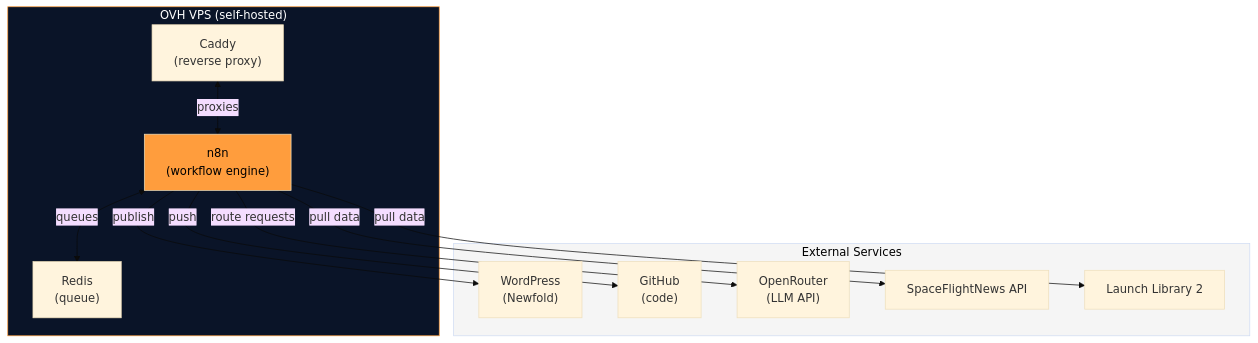
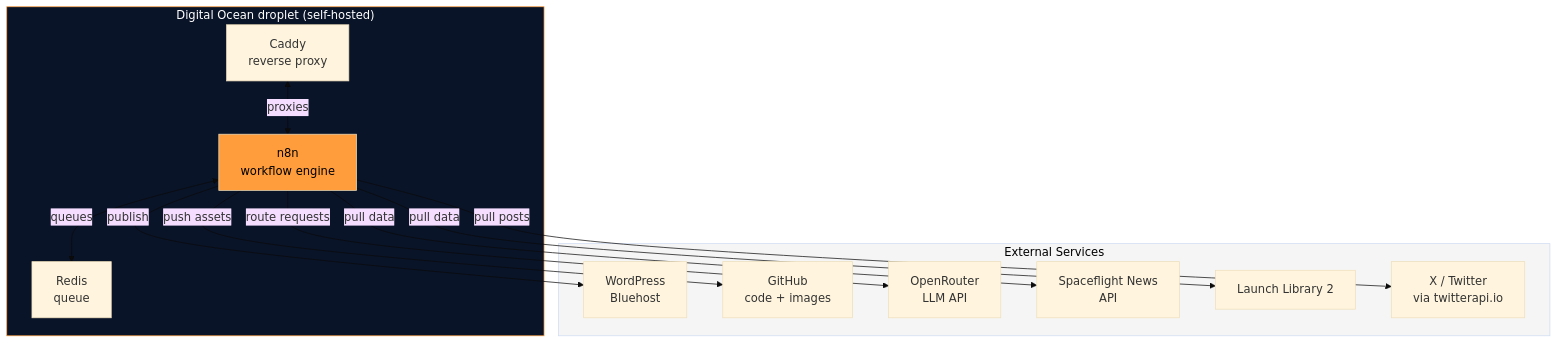
The diagram in docs/technology/infrastructure.md (The-Canadian-Space/tcs-public-wiki), drawn with Mermaid (base theme) before and after one commit. The commit also changed other lines of this file and 24 other files, not shown here.

````diff
--- a/docs/technology/infrastructure.md
+++ b/docs/technology/infrastructure.md
@@ -9,28 +9,30 @@
 ```mermaid
 graph TB
-    subgraph OVH["OVH VPS (self-hosted)"]
-        N8N["n8n<br/>(workflow engine)"]
-        R["Redis<br/>(queue)"]
-        C["Caddy<br/>(reverse proxy)"]
+    subgraph DO["Digital Ocean droplet (self-hosted)"]
+        N8N["n8n<br/>workflow engine"]
+        R["Redis<br/>queue"]
+        C["Caddy<br/>reverse proxy"]
         N8N <-->|"queues"| R
         C <-->|"proxies"| N8N
     end
-    
+
     subgraph External["External Services"]
-        WP["WordPress<br/>(Newfold)"]
-        GH["GitHub<br/>(code)"]
-        OR["OpenRouter<br/>(LLM API)"]
-        SNAPI["SpaceFlightNews API"]
+        WP["WordPress<br/>Bluehost"]
+        GH["GitHub<br/>code + images"]
+        OR["OpenRouter<br/>LLM API"]
+        SNAPI["Spaceflight News<br/>API"]
         LL2["Launch Library 2"]
+        X["X / Twitter<br/>via twitterapi.io"]
     end
-    
+
     N8N -->|"publish"| WP
     N8N -->|"route requests"| OR
     N8N -->|"pull data"| SNAPI
     N8N -->|"pull data"| LL2
-    N8N -->|"push"| GH
-    
-    style OVH fill:#0A1428,color:#fff,stroke:#FF9D3D
+    N8N -->|"pull posts"| X
+    N8N -->|"push assets"| GH
+
+    style DO fill:#0A1428,color:#fff,stroke:#FF9D3D
     style External fill:#f5f5f5,color:#000
     style N8N fill:#FF9D3D,color:#000
 ```
````
